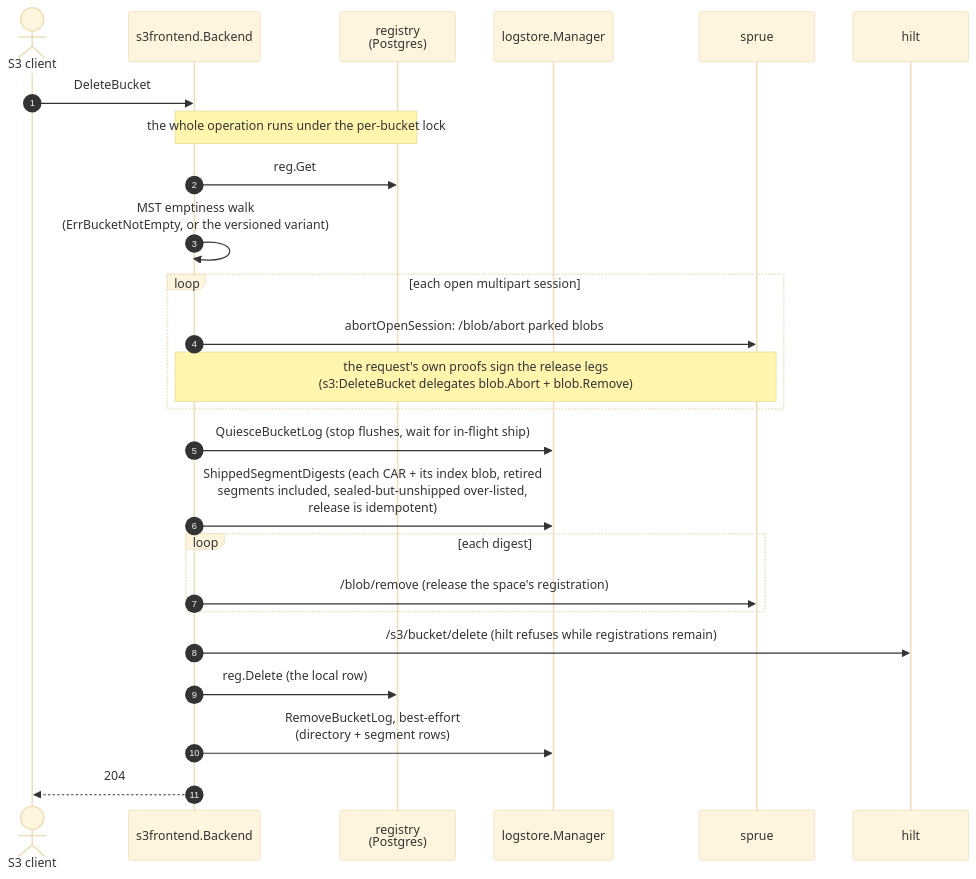
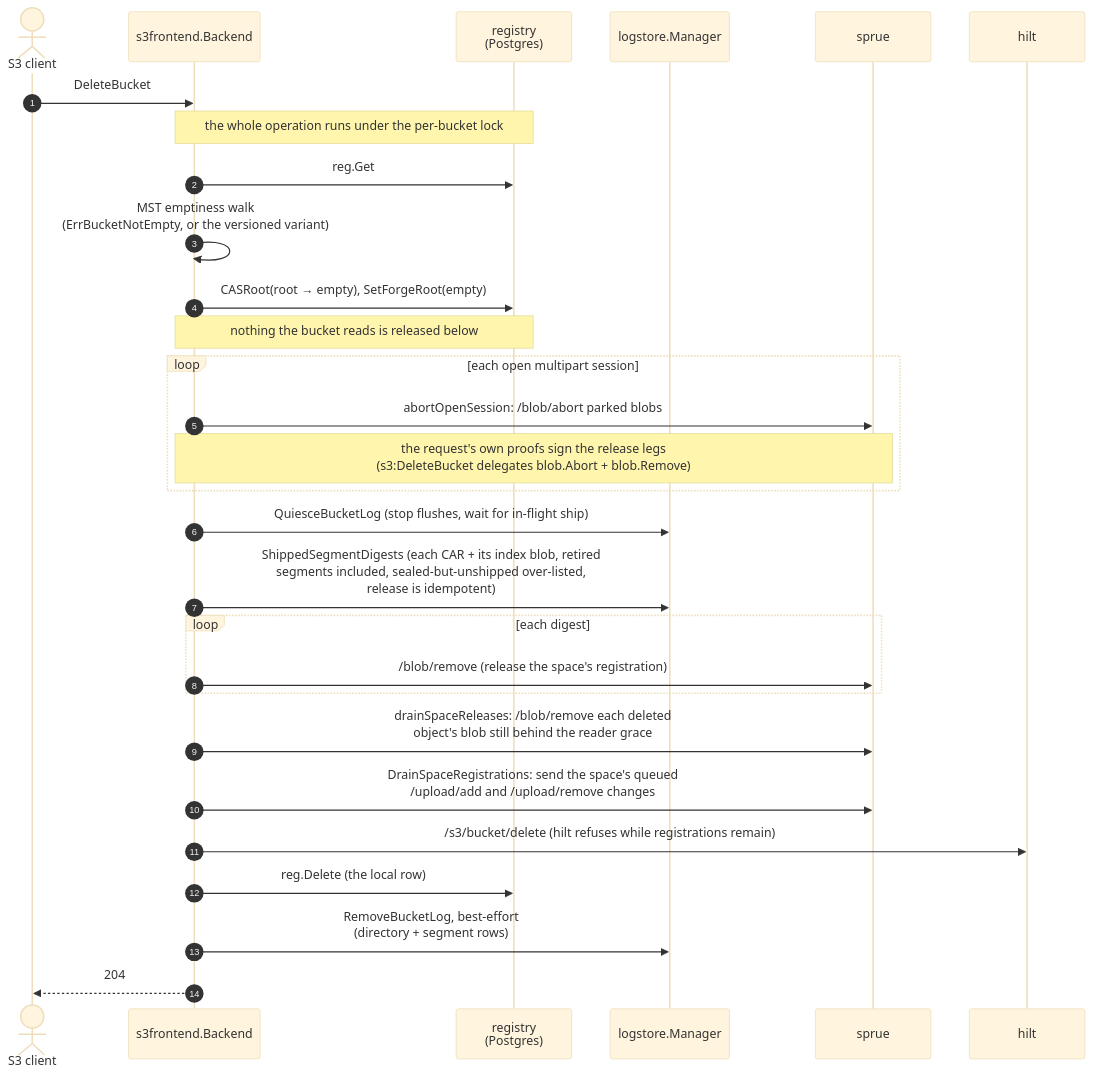
One commit to fil-forge/ingot changed diagram 14 of 14 in docs/diagrams.md. Above: the diagram before and after it, drawn with Mermaid (base theme). The commit also changed other lines of this file and 4 other files, not shown here.

First line of the commit message:
Empty a bucket's root before DeleteBucket releases its catalog

````diff
--- a/docs/diagrams.md
+++ b/docs/diagrams.md
@@ -1104,28 +1104,32 @@
 ```mermaid
 sequenceDiagram
     autonumber
     actor C as S3 client
     participant B as s3frontend.Backend
     participant R as registry<br/>(Postgres)
     participant L as logstore.Manager
     participant U as sprue
     participant H as hilt
 
     C->>B: DeleteBucket
     Note over B,R: the whole operation runs under the per-bucket lock
     B->>R: reg.Get
     B->>B: MST emptiness walk<br/>(ErrBucketNotEmpty, or the versioned variant)
+    B->>R: CASRoot(root → empty), SetForgeRoot(empty)
+    Note over B,R: nothing the bucket reads is released below
     loop each open multipart session
         B->>U: abortOpenSession: /blob/abort parked blobs
         Note over B,U: the request's own proofs sign the release legs<br/>(s3:DeleteBucket delegates blob.Abort + blob.Remove)
     end
     B->>L: QuiesceBucketLog (stop flushes, wait for in-flight ship)
     B->>L: ShippedSegmentDigests (each CAR + its index blob, retired<br/>segments included, sealed-but-unshipped over-listed,<br/>release is idempotent)
     loop each digest
         B->>U: /blob/remove (release the space's registration)
     end
+    B->>U: drainSpaceReleases: /blob/remove each deleted<br/>object's blob still behind the reader grace
+    B->>U: DrainSpaceRegistrations: send the space's queued<br/>/upload/add and /upload/remove changes
     B->>H: /s3/bucket/delete (hilt refuses while registrations remain)
     B->>R: reg.Delete (the local row)
     B->>L: RemoveBucketLog, best-effort<br/>(directory + segment rows)
     B-->>C: 204
 ```
````
